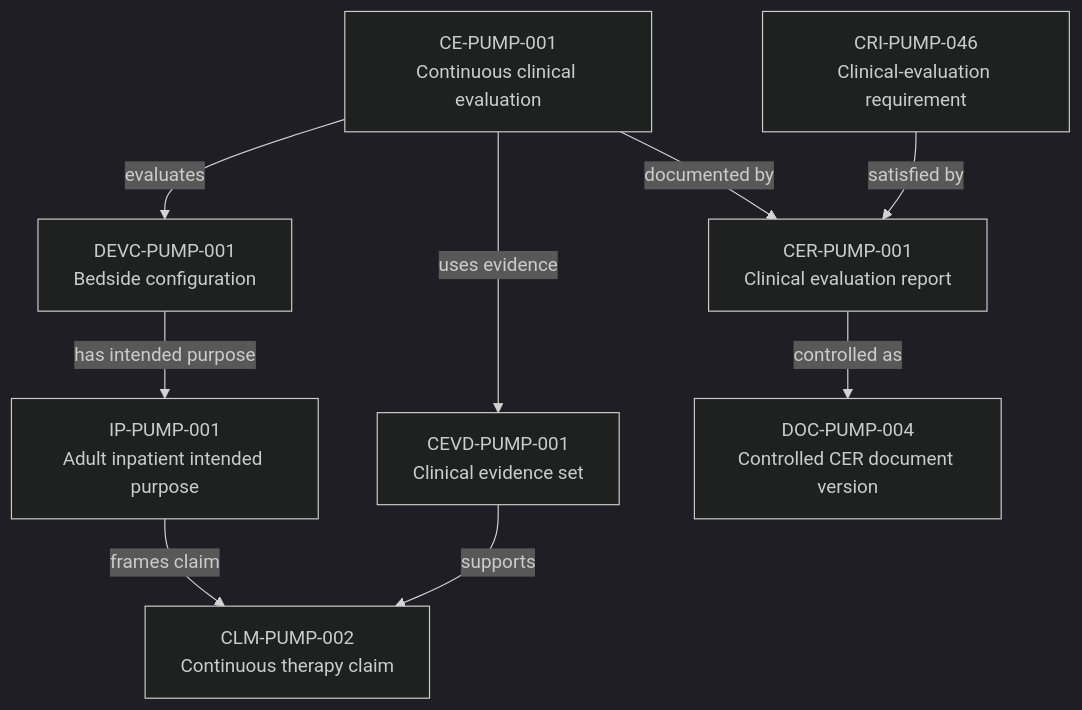
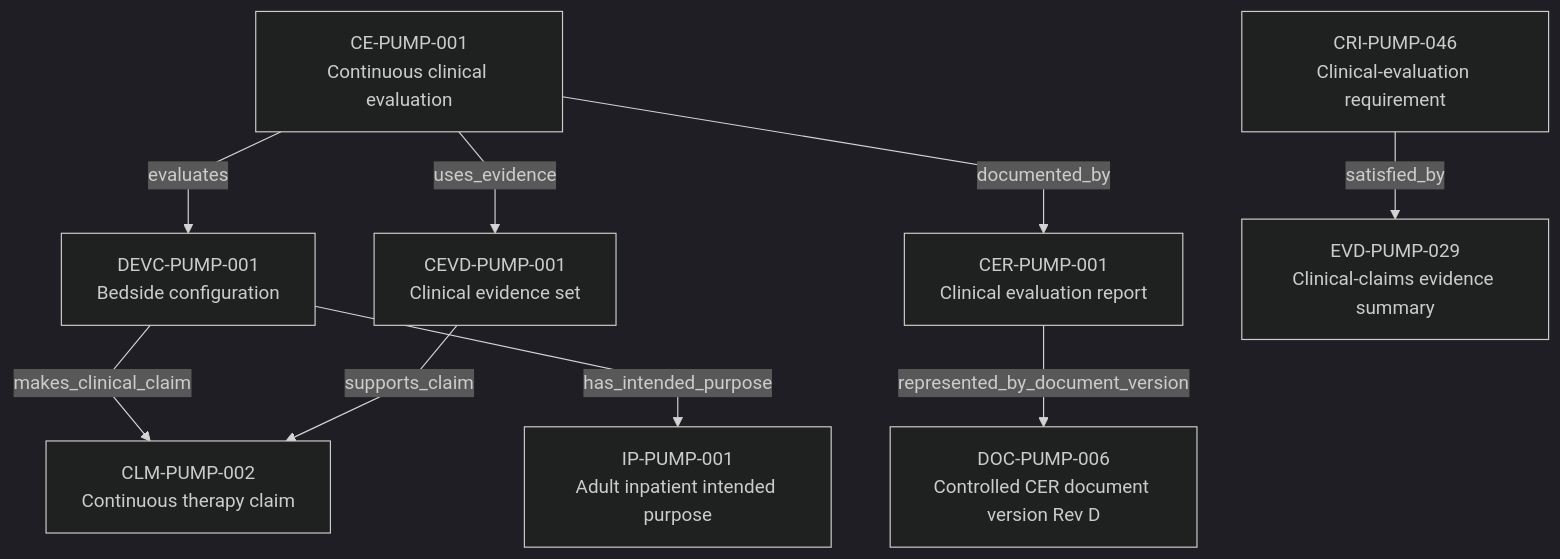
One commit to mvattulainen/mdrontology changed the diagram in content/06-Infpump FlowGuard ontology notes/connections/07-clinical-claim-to-evaluation-report.md. Above: the diagram before and after it, drawn with Mermaid (dark theme). The commit also changed other lines of this file and 321 other files, not shown here.

Commit message:
Implement Mermaid ontology audit findings

````diff
--- a/content/06-Infpump FlowGuard ontology notes/connections/07-clinical-claim-to-evaluation-report.md
+++ b/content/06-Infpump FlowGuard ontology notes/connections/07-clinical-claim-to-evaluation-report.md
@@ -25,27 +24,30 @@
 ```mermaid
+%%{init: {"flowchart": {"curve": "linear"}}}%%
 flowchart TD
   N1["DEVC-PUMP-001<br/>Bedside configuration"]
   N2["IP-PUMP-001<br/>Adult inpatient intended purpose"]
   N3["CLM-PUMP-002<br/>Continuous therapy claim"]
   N4["CEVD-PUMP-001<br/>Clinical evidence set"]
   N5["CE-PUMP-001<br/>Continuous clinical evaluation"]
   N6["CER-PUMP-001<br/>Clinical evaluation report"]
-  N7["DOC-PUMP-004<br/>Controlled CER document version"]
+  N7["DOC-PUMP-006<br/>Controlled CER document version Rev D"]
   N8["CRI-PUMP-046<br/>Clinical-evaluation requirement"]
-  N1 -->|has intended purpose| N2
-  N2 -->|frames claim| N3
-  N4 -->|supports| N3
-  N5 -->|uses evidence| N4
+  N9["EVD-PUMP-029<br/>Clinical-claims evidence summary"]
+  N1 -->|has_intended_purpose| N2
+  N1 -->|makes_clinical_claim| N3
+  N4 -->|supports_claim| N3
+  N5 -->|uses_evidence| N4
   N5 -->|evaluates| N1
-  N5 -->|documented by| N6
-  N6 -->|controlled as| N7
-  N8 -->|satisfied by| N6
+  N5 -->|documented_by| N6
+  N6 -->|represented_by_document_version| N7
+  N8 -->|satisfied_by| N9
   click N1 "/06-infpump-flowguard-ontology-notes/device-configuration/devc-pump-001-infpump-flowguard-bedside-configuration-10" "Open DEVC-PUMP-001"
   click N2 "/06-infpump-flowguard-ontology-notes/intended-purpose/ip-pump-001-controlled-infusion-of-prescribed-fluids-for-adult-inpatients" "Open IP-PUMP-001"
   click N3 "/06-infpump-flowguard-ontology-notes/clinical-claim/clm-pump-002-supports-continuous-intravenous-therapy" "Open CLM-PUMP-002"
   click N4 "/06-infpump-flowguard-ontology-notes/clinical-evidence/cevd-pump-001-infpump-flowguard-clinical-evidence-set" "Open CEVD-PUMP-001"
   click N5 "/06-infpump-flowguard-ontology-notes/clinical-evaluation/ce-pump-001-infpump-flowguard-continuous-clinical-evaluation" "Open CE-PUMP-001"
   click N6 "/06-infpump-flowguard-ontology-notes/clinical-evaluation-report/cer-pump-001-infpump-flowguard-clinical-evaluation-report-rev-d" "Open CER-PUMP-001"
-  click N7 "/06-infpump-flowguard-ontology-notes/document-version/doc-pump-004-clinical-evaluation-report-rev-c" "Open DOC-PUMP-004"
+  click N7 "/06-infpump-flowguard-ontology-notes/document-version/doc-pump-006-clinical-evaluation-report-rev-d" "Open DOC-PUMP-006"
   click N8 "/06-infpump-flowguard-ontology-notes/compliance-requirement-instance/cri-pump-046-clinical-evaluation-support" "Open CRI-PUMP-046"
+  click N9 "/06-infpump-flowguard-ontology-notes/verification-evidence/evd-pump-029-clinical-claims-evidence-summary" "Open EVD-PUMP-029"
 ```
````
